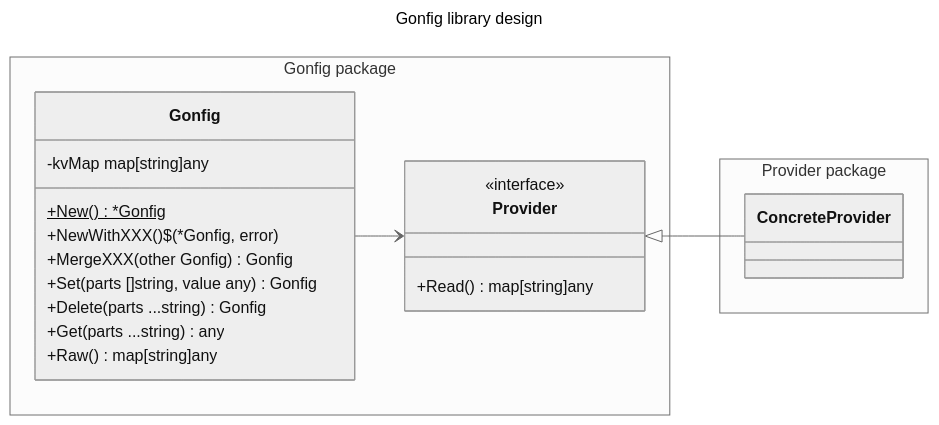
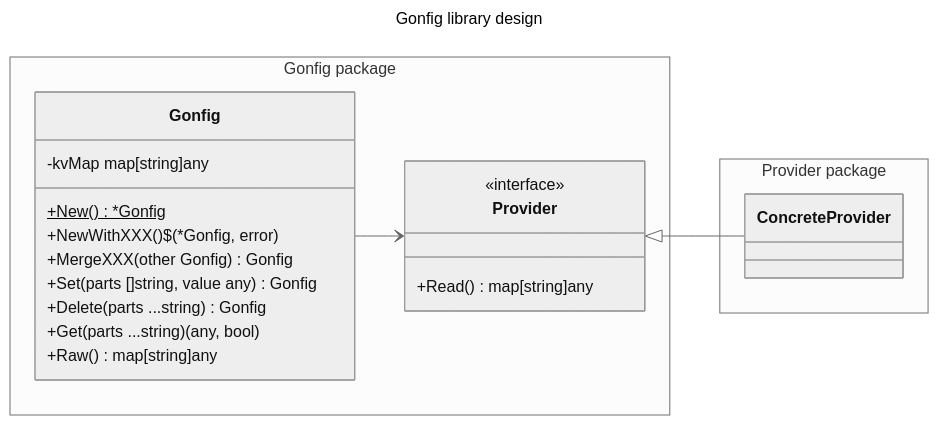
One commit to slava-y2k/gofig changed the diagram in docs/design.md. Above: the diagram before and after it, drawn with Mermaid (neutral theme). The commit also changed other lines of this file and 2 other files, not shown here.

First line of the commit message:
docs: show the Get found result and move IC-015 into the roadmap

````diff
--- a/docs/design.md
+++ b/docs/design.md
@@ -15,34 +15,34 @@
 ```mermaid
 ---
 title: Gonfig library design
 ---
 classDiagram
     direction LR
 
     namespace gonfig_pkg ["Gonfig package"] {
         class Gonfig["Gonfig"] {
             -kvMap map[string]any
             +New()$ *Gonfig
             +NewWithXXX()$ (*Gonfig, error)
             +MergeXXX(other Gonfig) Gonfig
             +Set(parts []string, value any) Gonfig
             +Delete(parts ...string) Gonfig
-            +Get(parts ...string) any
+            +Get(parts ...string) (any, bool)
             +Raw() map[string]any
         }
 
         class IProvider["Provider"] {
             <<interface>>
             +Read() map[string]any
         }
     }
 
     namespace Provider ["Provider package"] {
         class ConcreteProvider
     }
 
     Gonfig --> IProvider
     IProvider <|-- ConcreteProvider
 
 
 ```
````
